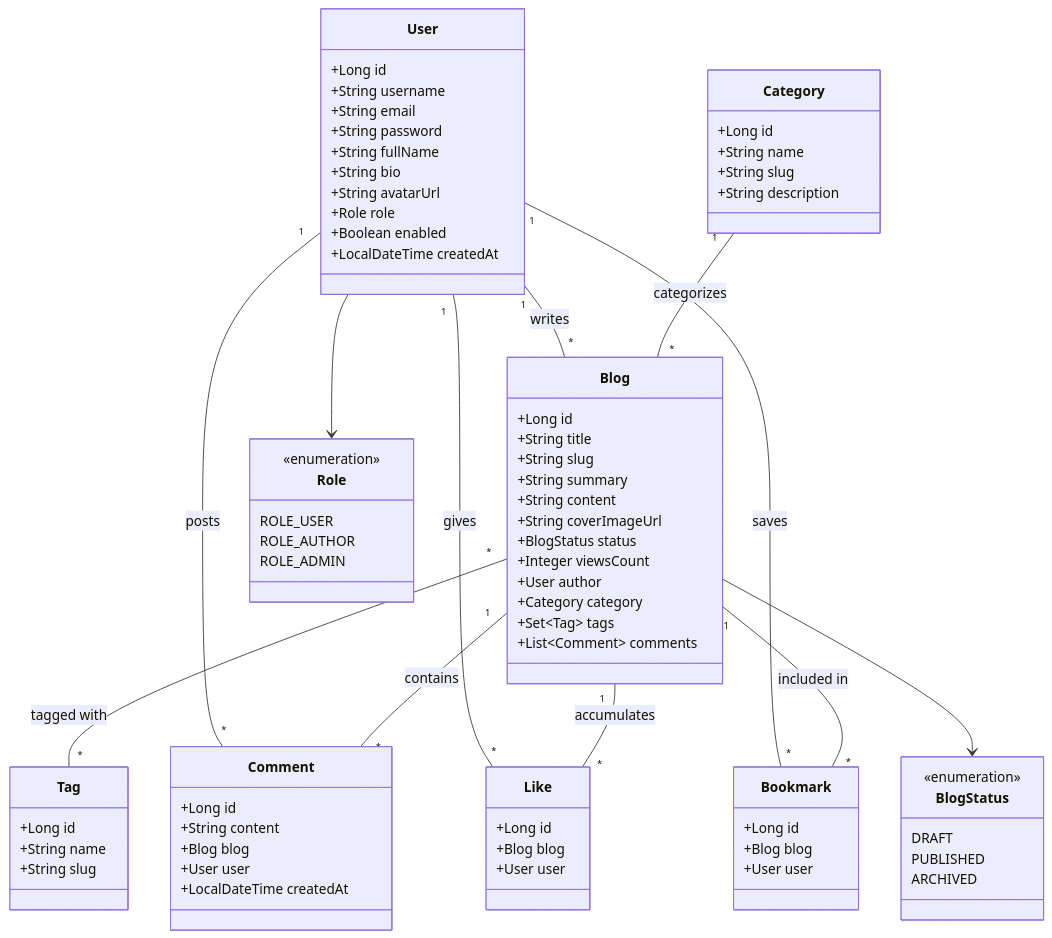
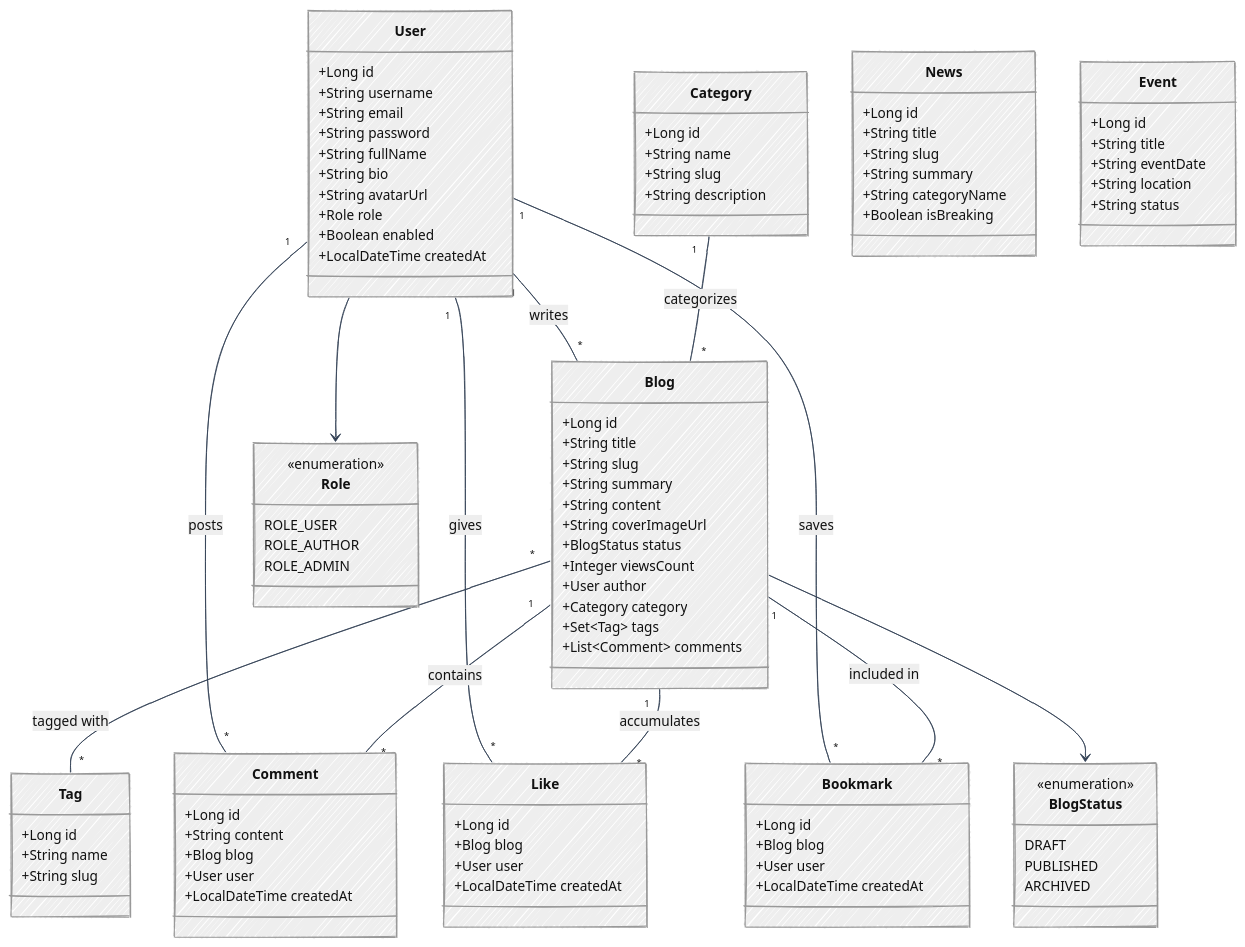
The third of 3 diagrams in README.md (ravi2007415-eng/Blogging-Content-Publishing-Platform), drawn with Mermaid before and after one commit. The commit also changed other lines of this file and 11 other files, not shown here.

Commit message:
Update Class Diagram and ER Diagram to hand-drawn human sketch style

````diff
--- a/README.md
+++ b/README.md
@@ -132,4 +200,14 @@
 ```mermaid
+%%{init: {
+  'theme': 'neutral',
+  'look': 'handDrawn',
+  'themeVariables': {
+    'fontFamily': 'Architects Daughter, Caveat, Comic Sans MS, cursive',
+    'primaryColor': '#F0F9FF',
+    'primaryBorderColor': '#0284C7',
+    'lineColor': '#334155'
+  }
+}}%%
 classDiagram
     class User {
         +Long id
@@ -184,12 +262,31 @@
         +Long id
         +Blog blog
         +User user
+        +LocalDateTime createdAt
     }
 
     class Bookmark {
         +Long id
         +Blog blog
         +User user
+        +LocalDateTime createdAt
+    }
+
+    class News {
+        +Long id
+        +String title
+        +String slug
+        +String summary
+        +String categoryName
+        +Boolean isBreaking
+    }
+
+    class Event {
+        +Long id
+        +String title
+        +String eventDate
+        +String location
+        +String status
     }
 
     class Role {
````
